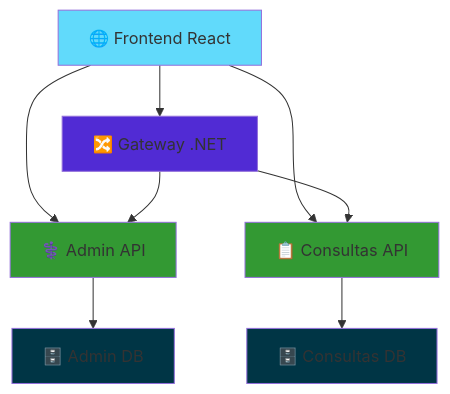
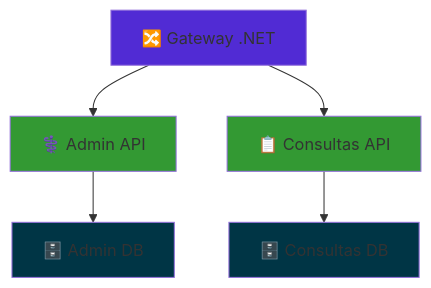
The first of 3 diagrams in README.md (A1EXF6A/hospitalSystem), drawn with Mermaid before and after one commit. The commit also changed other lines of this file, not shown here.

````diff
--- a/README.md
+++ b/README.md
@@ -9,17 +9,14 @@
 ```mermaid
 graph TB
-    A[🌐 Frontend React] --> B[🔀 Gateway .NET]
-    A --> C[⚕️ Admin API]
-    A --> D[📋 Consultas API]
-    B --> C
-    B --> D
+    B[🔀 Gateway .NET]
+    B --> C[⚕️ Admin API]
+    B --> D[📋 Consultas API]
     C --> E[🗄️ Admin DB]
     D --> F[🗄️ Consultas DB]
     
-    style A fill:#61dafb
     style B fill:#512bd4
     style C fill:#339933
     style D fill:#339933
     style E fill:#003545
     style F fill:#003545
 ```
````
